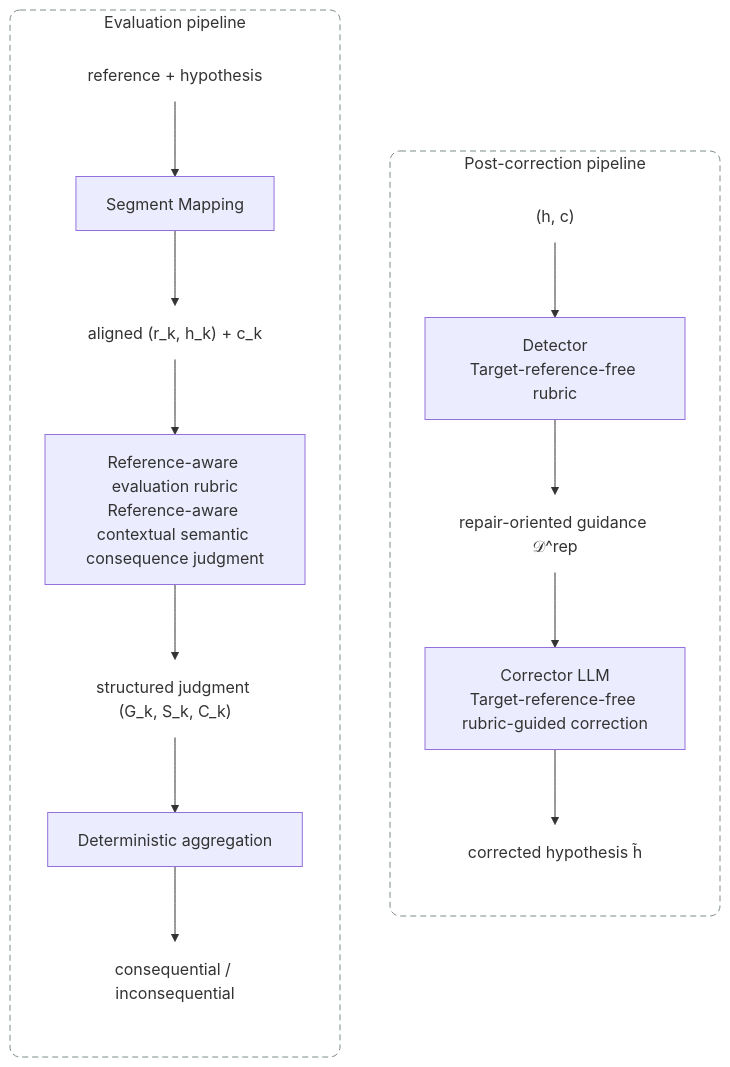
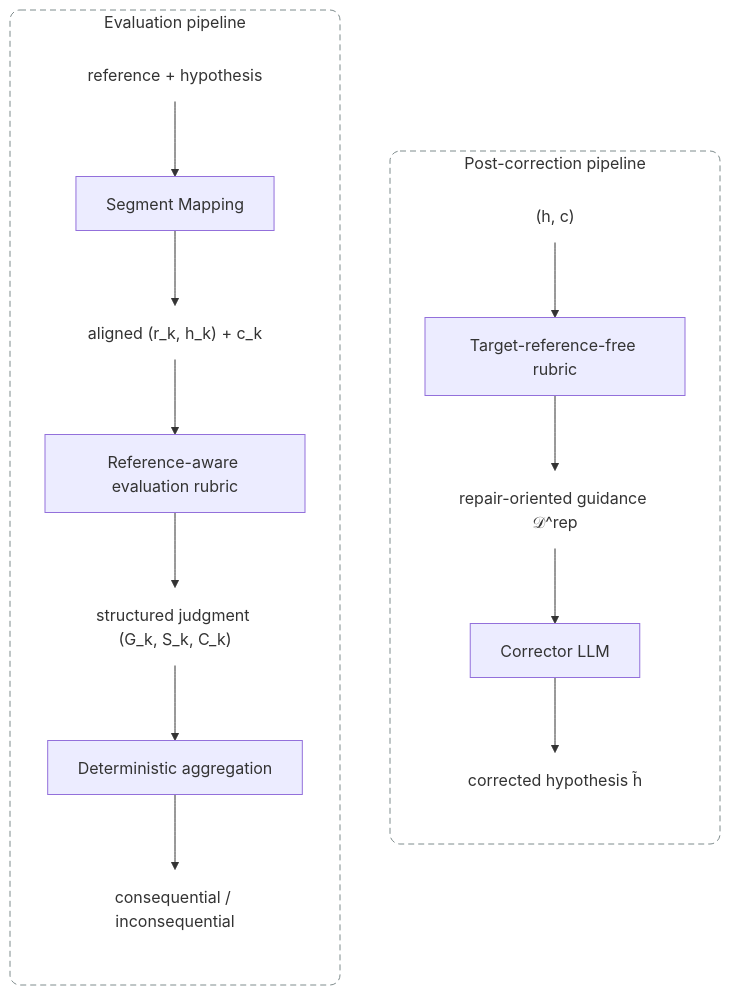
One commit to NytePlus/SMART changed the diagram in README.md. Above: the diagram before and after it, drawn with Mermaid.

Commit message:
Simplify evaluation and correction flowchart labels
Removed unnecessary text from evaluation and correction sections.

````diff
--- a/README.md
+++ b/README.md
@@ -34,26 +34,26 @@
 ```mermaid
 flowchart LR
     subgraph Evaluation[Evaluation pipeline]
         E1["reference + hypothesis"] --> M["Segment Mapping"]
         M --> E2["aligned (r_k, h_k) + c_k"]
-        E2 --> R["Reference-aware evaluation rubric<br/>Reference-aware contextual semantic consequence judgment"]
+        E2 --> R["Reference-aware evaluation rubric"]
         R --> G["structured judgment (G_k, S_k, C_k)"]
         G --> A["Deterministic aggregation"]
         A --> E3["consequential / inconsequential"]
     end
 
     subgraph Correction[Post-correction pipeline]
-        C1["(h, c)"] --> D["Detector<br/>Target-reference-free rubric"]
+        C1["(h, c)"] --> D["Target-reference-free rubric"]
         D --> DR["repair-oriented guidance 𝒟^rep"]
-        DR --> C["Corrector LLM<br/>Target-reference-free rubric-guided correction"]
+        DR --> C["Corrector LLM"]
         C --> C2["corrected hypothesis h̃"]
     end
 
     Evaluation ~~~ Correction
 
     classDef plainText fill:transparent,stroke:transparent,stroke-width:0px
     class E1,E2,G,E3,C1,DR,C2 plainText
 
     style Evaluation fill:transparent,stroke:#7f8c8d,stroke-width:1px,stroke-dasharray:6 4,rx:10px,ry:10px
     style Correction fill:transparent,stroke:#7f8c8d,stroke-width:1px,stroke-dasharray:6 4,rx:10px,ry:10px
 ```
````
